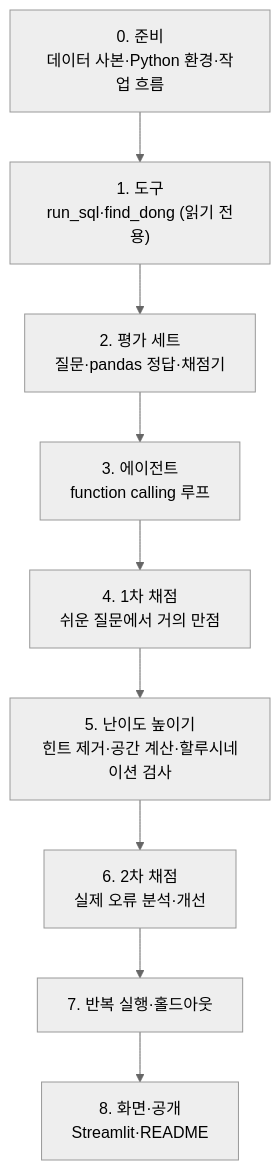
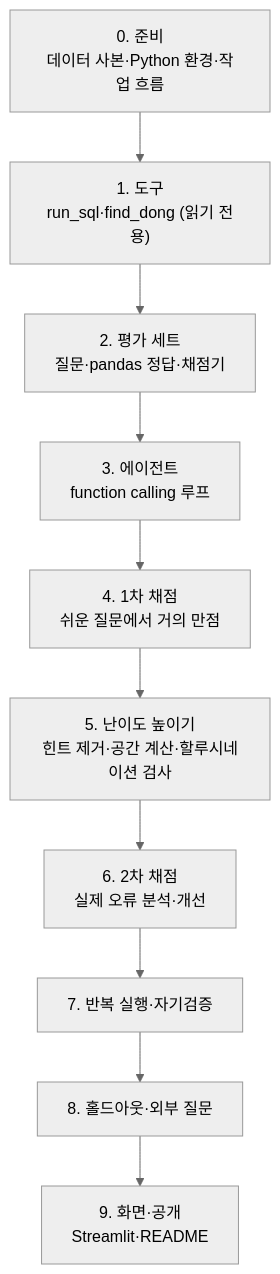
The diagram in docs/진행_과정.md (KimInSeok-DA/DA_GIS_Query_Agent), drawn with Mermaid (neutral theme) before and after one commit. The commit also changed other lines of this file and 6 other files, not shown here.

````diff
--- a/docs/진행_과정.md
+++ b/docs/진행_과정.md
@@ -11,11 +11,12 @@
 ```mermaid
 flowchart TD
     A["0. 준비<br/>데이터 사본·Python 환경·작업 흐름"] --> B["1. 도구<br/>run_sql·find_dong (읽기 전용)"]
     B --> C["2. 평가 세트<br/>질문·pandas 정답·채점기"]
     C --> D["3. 에이전트<br/>function calling 루프"]
     D --> E["4. 1차 채점<br/>쉬운 질문에서 거의 만점"]
     E --> G["5. 난이도 높이기<br/>힌트 제거·공간 계산·할루시네이션 검사"]
     G --> H["6. 2차 채점<br/>실제 오류 분석·개선"]
-    H --> I["7. 반복 실행·홀드아웃"]
-    I --> F["8. 화면·공개<br/>Streamlit·README"]
+    H --> I["7. 반복 실행·자기검증"]
+    I --> J["8. 홀드아웃·외부 질문"]
+    J --> F["9. 화면·공개<br/>Streamlit·README"]
 ```
````
